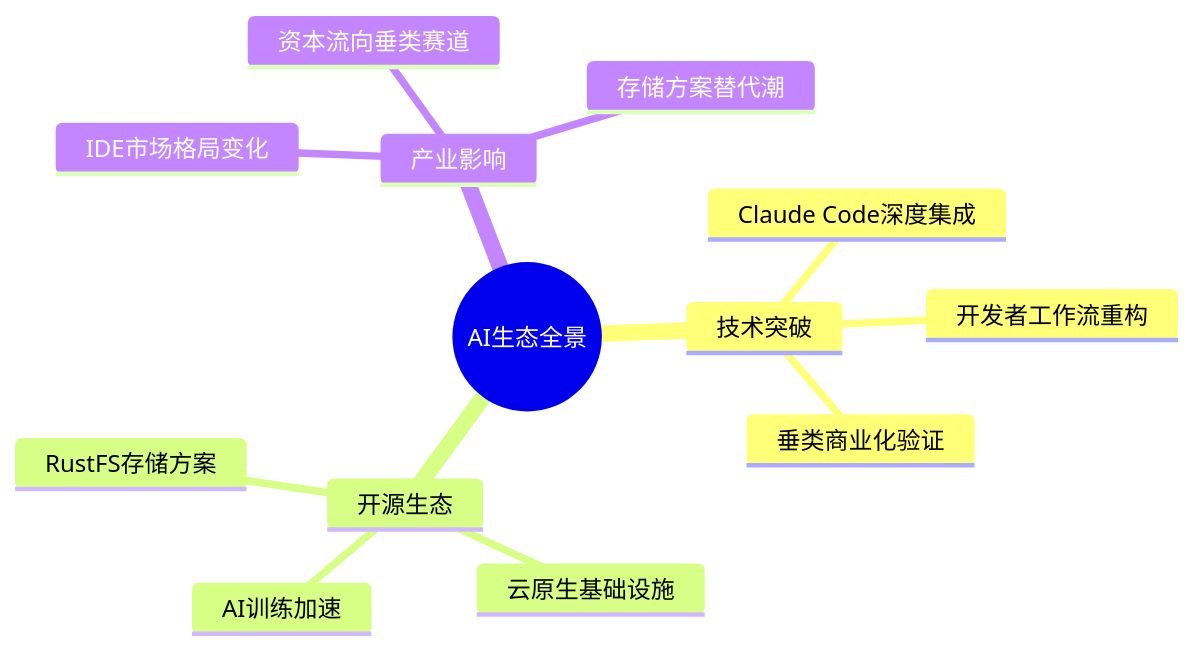
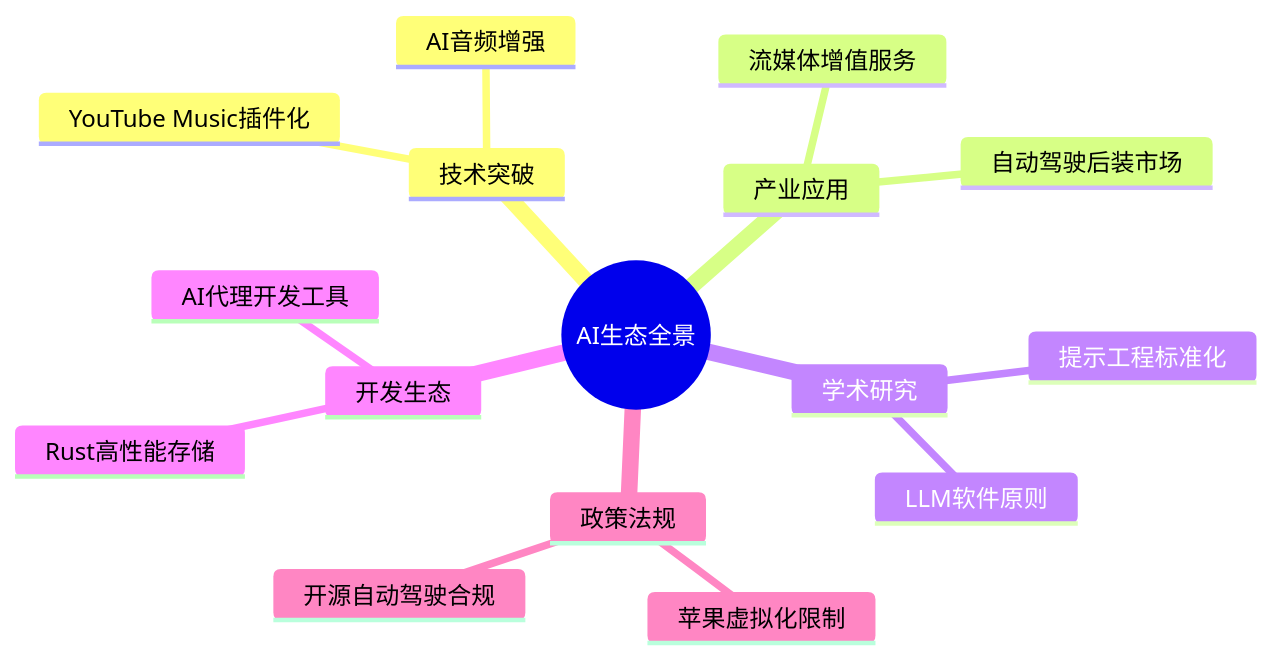
Before and after one commit to WarrenHao/AiDaily: the first of 2 diagrams in daily/2025-07-08.md, drawn with Mermaid. The commit also changed other lines of this file, not shown here.

````diff
--- a/daily/2025-07-08.md
+++ b/daily/2025-07-08.md
@@ -9,16 +9,19 @@
 ```mermaid
 mindmap
   root((AI生态全景))
     技术突破
-      Claude Code深度集成
-      开发者工作流重构
-      垂类商业化验证
-    开源生态
-      RustFS存储方案
-      云原生基础设施
-      AI训练加速
-    产业影响
-      IDE市场格局变化
-      资本流向垂类赛道
-      存储方案替代潮
+      YouTube Music插件化
+      AI音频增强
+    产业应用
+      流媒体增值服务
+      自动驾驶后装市场
+    学术研究
+      提示工程标准化
+      LLM软件原则
+    开发生态
+      Rust高性能存储
+      AI代理开发工具
+    政策法规
+      开源自动驾驶合规
+      苹果虚拟化限制
 ```
````
